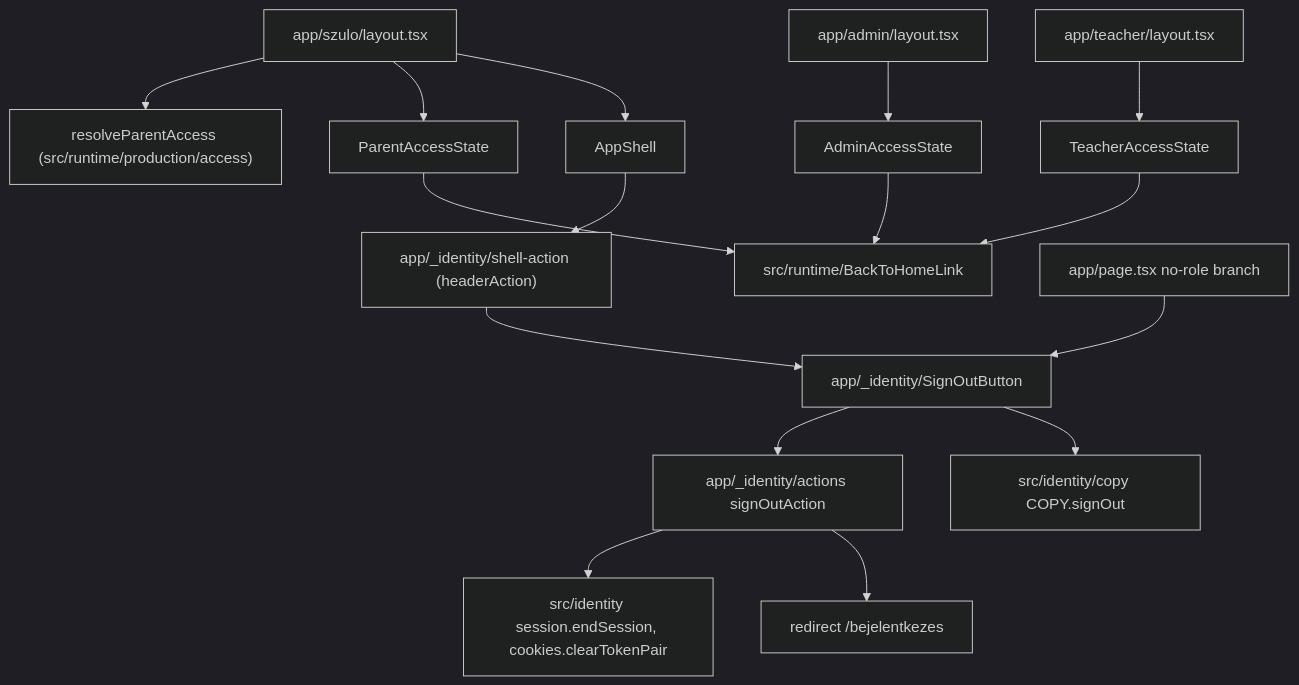
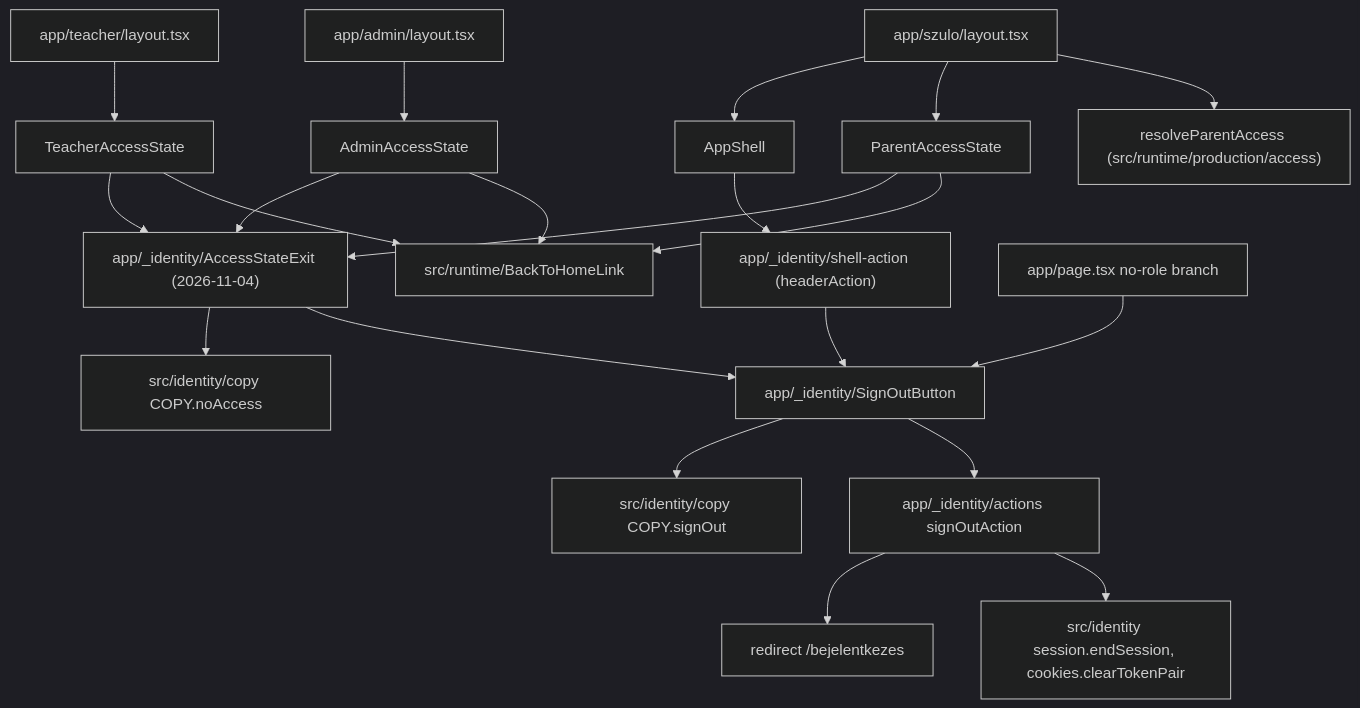
One commit to bbotond83/waldorf-community-task-manager changed the fourth of 5 diagrams in aidlc/spaces/default/codekb/waldorf-community-task-manager/dependencies.md. Above: the diagram before and after it, drawn with Mermaid (dark theme). The commit also changed other lines of this file and 120 other files, not shown here.

````diff
--- a/aidlc/spaces/default/codekb/waldorf-community-task-manager/dependencies.md
+++ b/aidlc/spaces/default/codekb/waldorf-community-task-manager/dependencies.md
@@ -56,18 +82,23 @@
 ```mermaid
 flowchart TB
   PL["app/szulo/layout.tsx"] --> PA["resolveParentAccess (src/runtime/production/access)"]
   PL --> PAS["ParentAccessState"]
   PL --> Shell["AppShell"]
   AL["app/admin/layout.tsx"] --> AAS["AdminAccessState"]
   TL["app/teacher/layout.tsx"] --> TAS["TeacherAccessState"]
   PAS --> BTH["src/runtime/BackToHomeLink"]
   AAS --> BTH
   TAS --> BTH
+  PAS --> EXIT["app/_identity/AccessStateExit (2026-11-04)"]
+  AAS --> EXIT
+  TAS --> EXIT
+  EXIT --> SOB
   Shell --> SHA["app/_identity/shell-action (headerAction)"]
   SHA --> SOB["app/_identity/SignOutButton"]
   Home["app/page.tsx no-role branch"] --> SOB
   SOB --> SOA["app/_identity/actions signOutAction"]
   SOB --> Copy["src/identity/copy COPY.signOut"]
+  EXIT --> Copy2["src/identity/copy COPY.noAccess"]
   SOA --> Sess["src/identity session.endSession, cookies.clearTokenPair"]
   SOA --> Redirect["redirect /bejelentkezes"]
 ```
````
